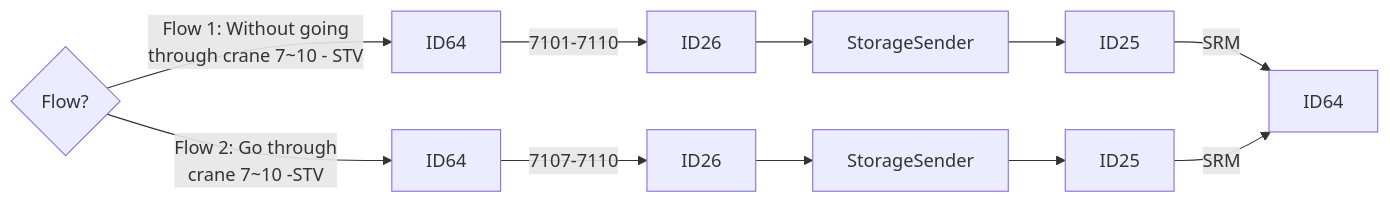
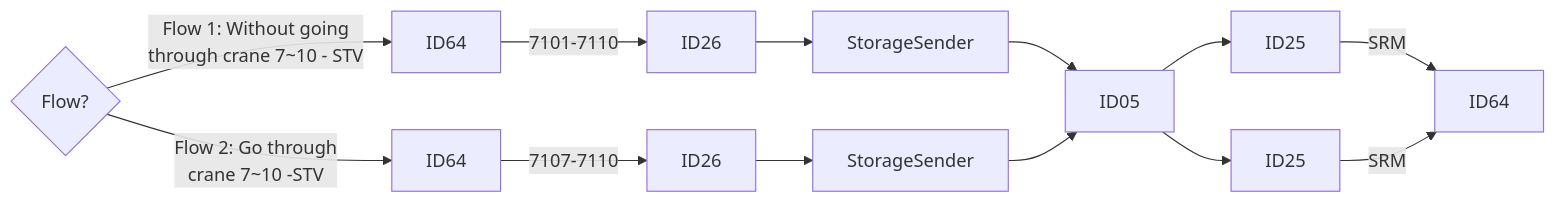
Before and after one commit to luthfiadityaa/SimeDarby-Wiki: the second of 23 diagrams in Basic-Design/DFD-WMS/Retrieval/QC-Setting/QC-Work-from-Retrieval-for-QC-Start.md, drawn with Mermaid.

Commit message:
Updated QC Work from Retrieval for QC Start

```diff
--- a/Basic-Design/DFD-WMS/Retrieval/QC-Setting/QC-Work-from-Retrieval-for-QC-Start.md
+++ b/Basic-Design/DFD-WMS/Retrieval/QC-Setting/QC-Work-from-Retrieval-for-QC-Start.md
@@ -17,11 +17,11 @@
 ::: mermaid
 flowchart LR
   
 Cond1{Flow?} 
 Cond1 --> |Flow 1: Without going 
 through crane 7~10 - STV| P8[ID64]
 Cond1 --> |Flow 2: Go through 
 crane 7~10 -STV| P9[ID64]
-P8[ID64]--> |7101-7110| P10[ID26]-->P11[StorageSender]-->P12[ID25]--> |SRM| P18[ID64]
-P9[ID64]--> |7107-7110| P15[ID26]-->P16[StorageSender]-->P17[ID25]--> |SRM| P18[ID64]
+P8[ID64]--> |7101-7110| P10[ID26]-->P11[StorageSender]-->P111[ID05]-->P12[ID25]--> |SRM| P18[ID64]
+P9[ID64]--> |7107-7110| P15[ID26]-->P16[StorageSender]-->P111[ID05]-->P17[ID25]--> |SRM| P18[ID64]
 :::
```
